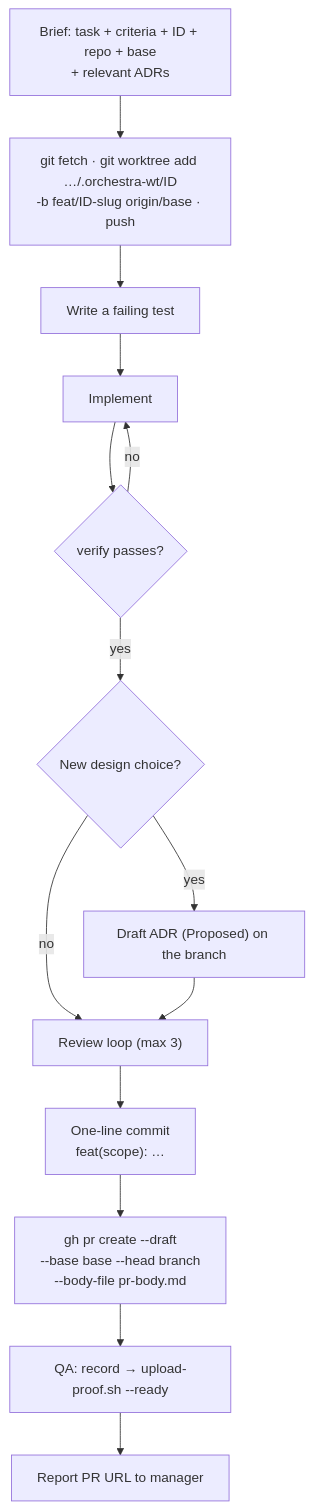
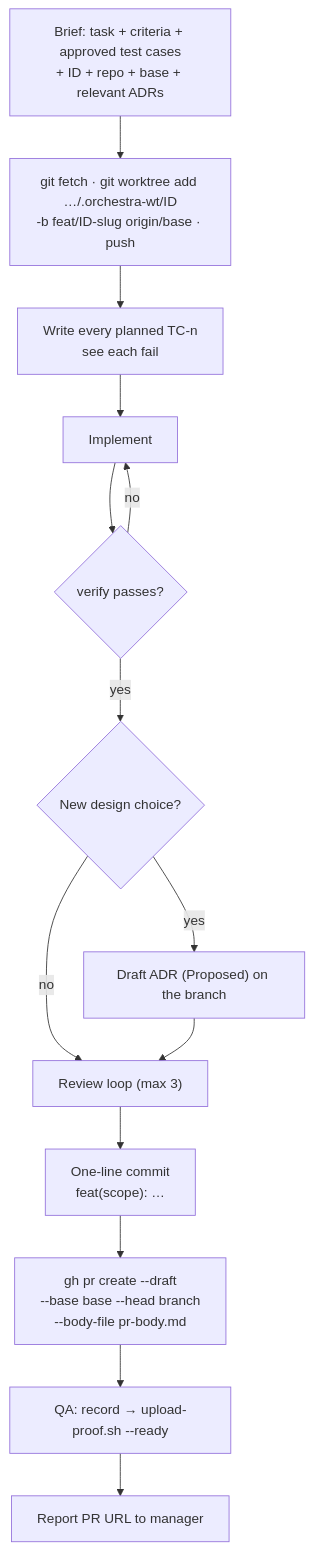
One commit to arslan8122/agent-orchestra changed the ninth of 17 diagrams in docs/guide.md. Above: the diagram before and after it, drawn with Mermaid. The commit also changed other lines of this file and 14 other files, not shown here.

Commit message:
Plan test cases with each task before a builder starts (ADR-0017)

````diff
--- a/docs/guide.md
+++ b/docs/guide.md
@@ -441,16 +498,16 @@
 ```mermaid
 flowchart TB
-    S["Brief: task + criteria + ID + repo + base<br/>+ relevant ADRs"] --> W["git fetch · git worktree add …/.orchestra-wt/ID<br/>-b feat/ID-slug origin/base · push"]
-    W --> F["Write a failing test"]
+    S["Brief: task + criteria + approved test cases<br/>+ ID + repo + base + relevant ADRs"] --> W["git fetch · git worktree add …/.orchestra-wt/ID<br/>-b feat/ID-slug origin/base · push"]
+    W --> F["Write every planned TC-n<br/>see each fail"]
     F --> I["Implement"]
     I --> V{"verify passes?"}
     V -- no --> I
     V -- yes --> A{"New design choice?"}
     A -- yes --> ADR["Draft ADR (Proposed) on the branch"]
     A -- no --> RV
     ADR --> RV["Review loop (max 3)"]
     RV --> C["One-line commit<br/>feat(scope): …"]
     C --> P["gh pr create --draft<br/>--base base --head branch<br/>--body-file pr-body.md"]
     P --> QA["QA: record → upload-proof.sh --ready"]
     QA --> D["Report PR URL to manager"]
 ```
````
